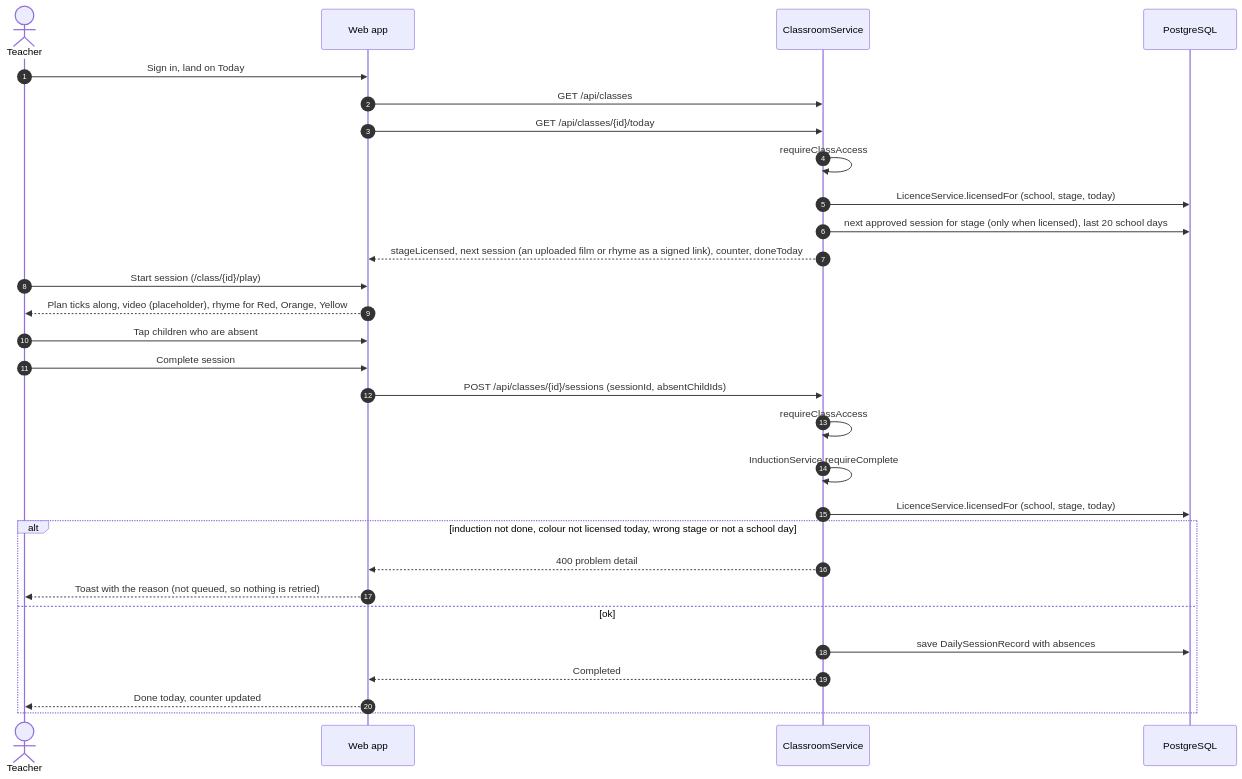
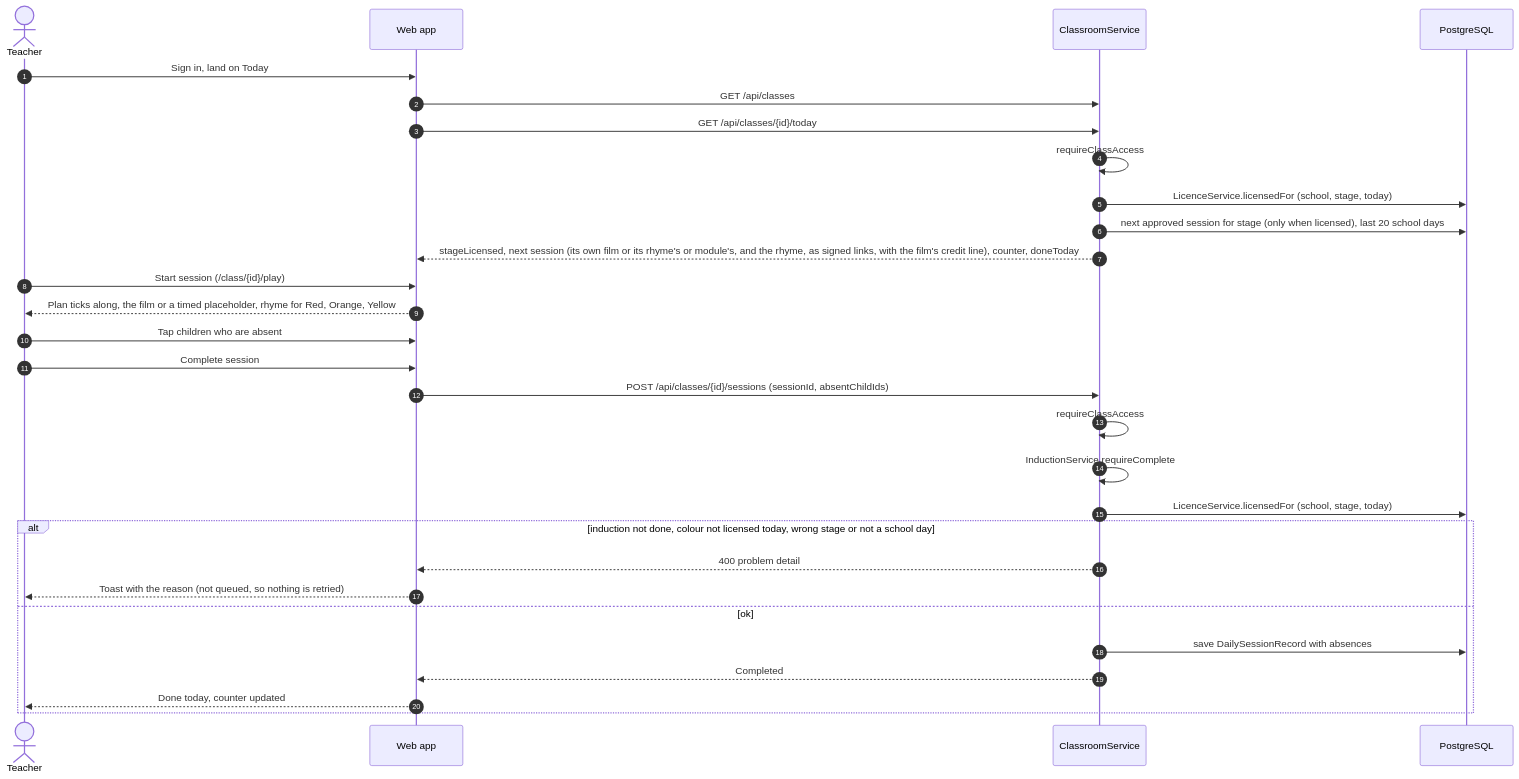
One commit to ersagarnikam/MoterMoversPlatform changed the second of 6 diagrams in docs/flows/1-class-teacher.md. Above: the diagram before and after it, drawn with Mermaid. The commit also changed 25 other files, not shown here.

First line of the commit message:
Attach one film to a rhyme or module and play it in sessions

````diff
--- a/docs/flows/1-class-teacher.md
+++ b/docs/flows/1-class-teacher.md
@@ -70,31 +70,31 @@
 ```mermaid
 sequenceDiagram
   autonumber
   actor T as Teacher
   participant W as Web app
   participant API as ClassroomService
   participant DB as PostgreSQL
   T->>W: Sign in, land on Today
   W->>API: GET /api/classes
   W->>API: GET /api/classes/{id}/today
   API->>API: requireClassAccess
   API->>DB: LicenceService.licensedFor (school, stage, today)
   API->>DB: next approved session for stage (only when licensed), last 20 school days
-  API-->>W: stageLicensed, next session (an uploaded film or rhyme as a signed link), counter, doneToday
+  API-->>W: stageLicensed, next session (its own film or its rhyme's or module's, and the rhyme, as signed links, with the film's credit line), counter, doneToday
   T->>W: Start session (/class/{id}/play)
-  W-->>T: Plan ticks along, video (placeholder), rhyme for Red, Orange, Yellow
+  W-->>T: Plan ticks along, the film or a timed placeholder, rhyme for Red, Orange, Yellow
   T->>W: Tap children who are absent
   T->>W: Complete session
   W->>API: POST /api/classes/{id}/sessions (sessionId, absentChildIds)
   API->>API: requireClassAccess
   API->>API: InductionService.requireComplete
   API->>DB: LicenceService.licensedFor (school, stage, today)
   alt induction not done, colour not licensed today, wrong stage or not a school day
     API-->>W: 400 problem detail
     W-->>T: Toast with the reason (not queued, so nothing is retried)
   else ok
     API->>DB: save DailySessionRecord with absences
     API-->>W: Completed
     W-->>T: Done today, counter updated
   end
 ```
````
